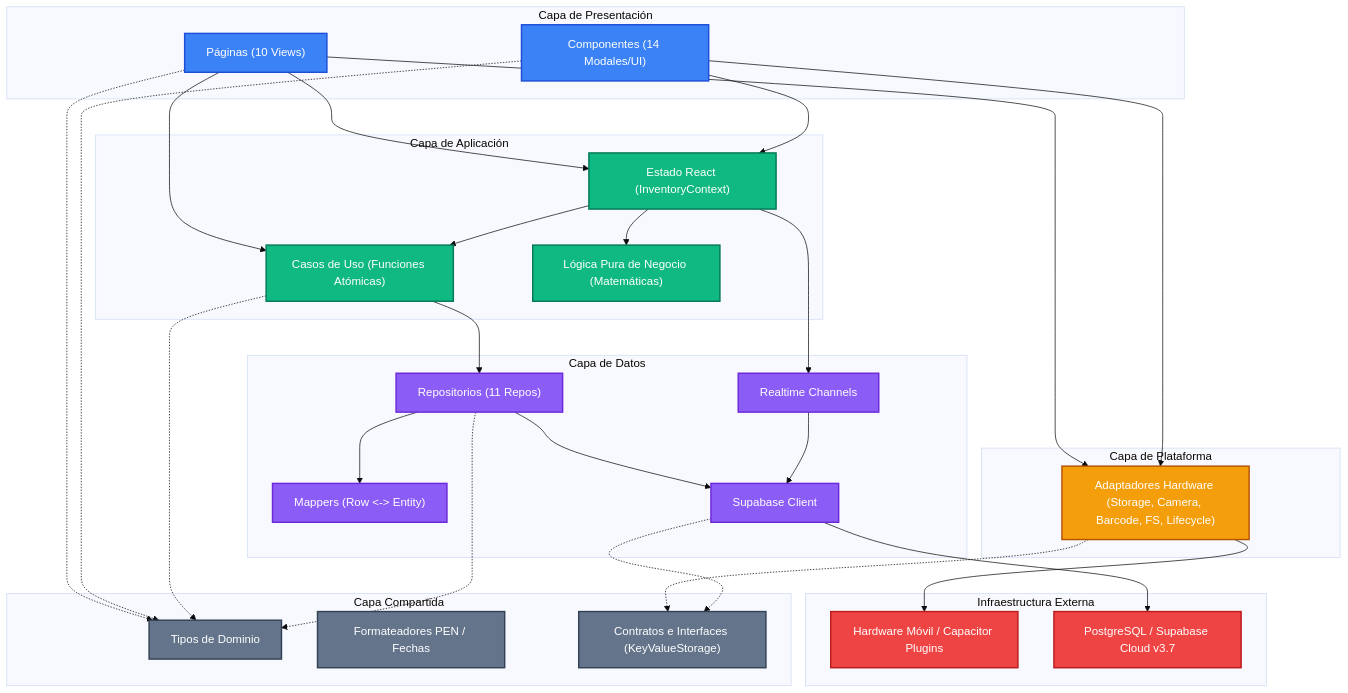
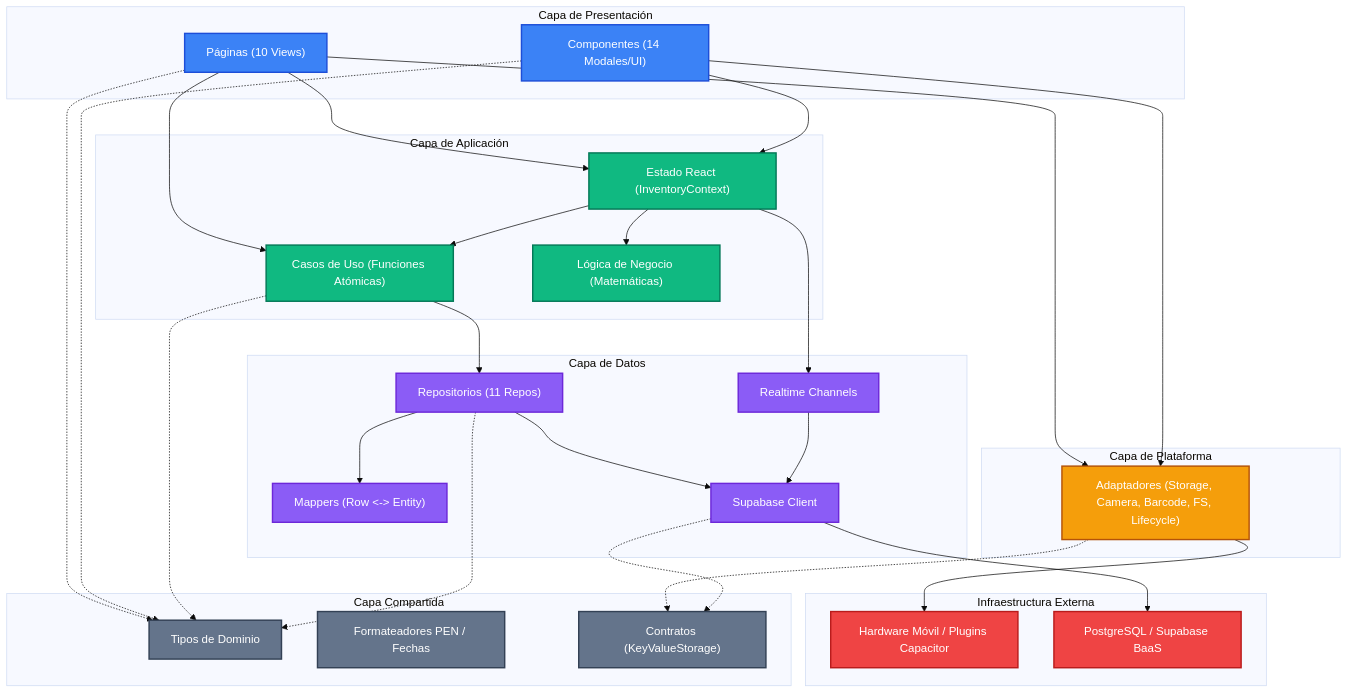
Before and after one commit to emircruzm/Rentabill: the first of 2 diagrams in docs/ARQUITECTURA.md, drawn with Mermaid (base theme). The commit also changed other lines of this file, not shown here.

````diff
--- a/docs/ARQUITECTURA.md
+++ b/docs/ARQUITECTURA.md
@@ -95,66 +95,66 @@
 ```mermaid
 graph TD
     classDef pres fill:#3b82f6,stroke:#1d4ed8,stroke-width:2px,color:#fff;
     classDef app fill:#10b981,stroke:#047857,stroke-width:2px,color:#fff;
     classDef plat fill:#f59e0b,stroke:#b45309,stroke-width:2px,color:#fff;
     classDef dat fill:#8b5cf6,stroke:#6d28d9,stroke-width:2px,color:#fff;
     classDef sha fill:#64748b,stroke:#334155,stroke-width:2px,color:#fff;
     classDef ext fill:#ef4444,stroke:#b91c1c,stroke-width:2px,color:#fff;
 
     subgraph PRESENTATION["Capa de Presentación"]
         Pages["Páginas (10 Views)"]:::pres
         Components["Componentes (14 Modales/UI)"]:::pres
     end
 
     subgraph APPLICATION["Capa de Aplicación"]
         UseCases["Casos de Uso (Funciones Atómicas)"]:::app
         State["Estado React (InventoryContext)"]:::app
-        Logic["Lógica Pura de Negocio (Matemáticas)"]:::app
+        Logic["Lógica de Negocio (Matemáticas)"]:::app
     end
 
     subgraph PLATFORM["Capa de Plataforma"]
-        Adapters["Adaptadores Hardware (Storage, Camera, Barcode, FS, Lifecycle)"]:::plat
+        Adapters["Adaptadores (Storage, Camera, Barcode, FS, Lifecycle)"]:::plat
     end
 
     subgraph DATA["Capa de Datos"]
         Repos["Repositorios (11 Repos)"]:::dat
         Mappers["Mappers (Row <-> Entity)"]:::dat
         Realtime["Realtime Channels"]:::dat
         SupabaseClient["Supabase Client"]:::dat
     end
 
     subgraph SHARED["Capa Compartida"]
         Types["Tipos de Dominio"]:::sha
         Formatters["Formateadores PEN / Fechas"]:::sha
-        Contracts["Contratos e Interfaces (KeyValueStorage)"]:::sha
+        Contracts["Contratos (KeyValueStorage)"]:::sha
     end
 
     subgraph EXTERNAL["Infraestructura Externa"]
-        Hardware["Hardware Móvil / Capacitor Plugins"]:::ext
-        Postgres["PostgreSQL / Supabase Cloud v3.7"]:::ext
+        Hardware["Hardware Móvil / Plugins Capacitor"]:::ext
+        Postgres["PostgreSQL / Supabase BaaS"]:::ext
     end
 
     Pages --> UseCases
     Pages --> State
     Pages --> Adapters
     Components --> State
     Components --> Adapters
 
     UseCases --> Repos
     State --> Logic
     State --> UseCases
     State --> Realtime
 
     Adapters --> Hardware
     Repos --> Mappers
     Repos --> SupabaseClient
     Realtime --> SupabaseClient
     SupabaseClient --> Postgres
 
     Pages -.-> Types
     Components -.-> Types
     UseCases -.-> Types
     Repos -.-> Types
     Adapters -.-> Contracts
     SupabaseClient -.-> Contracts
 ```
````
